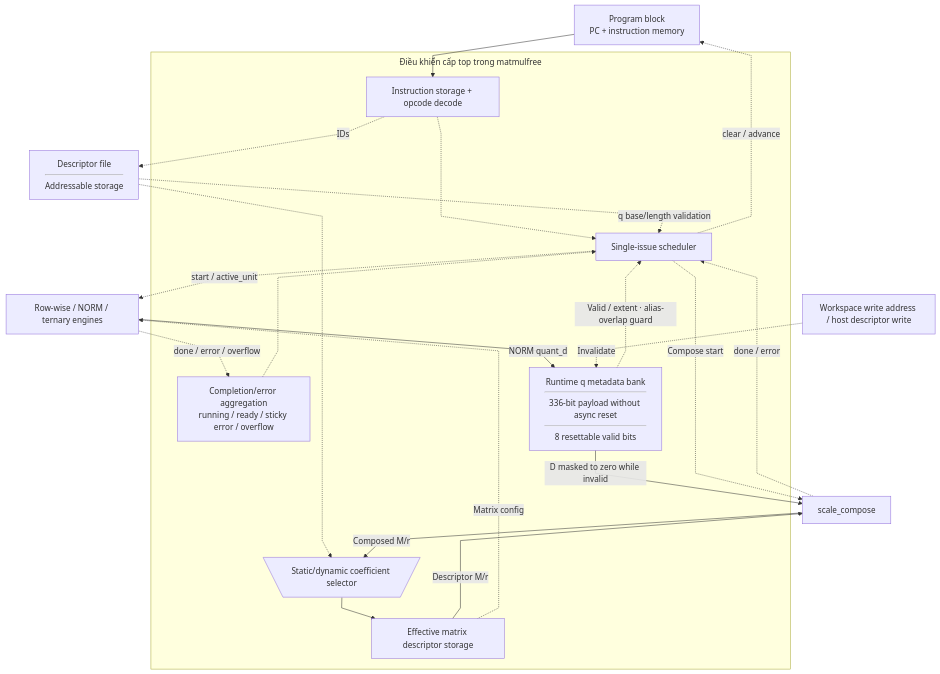
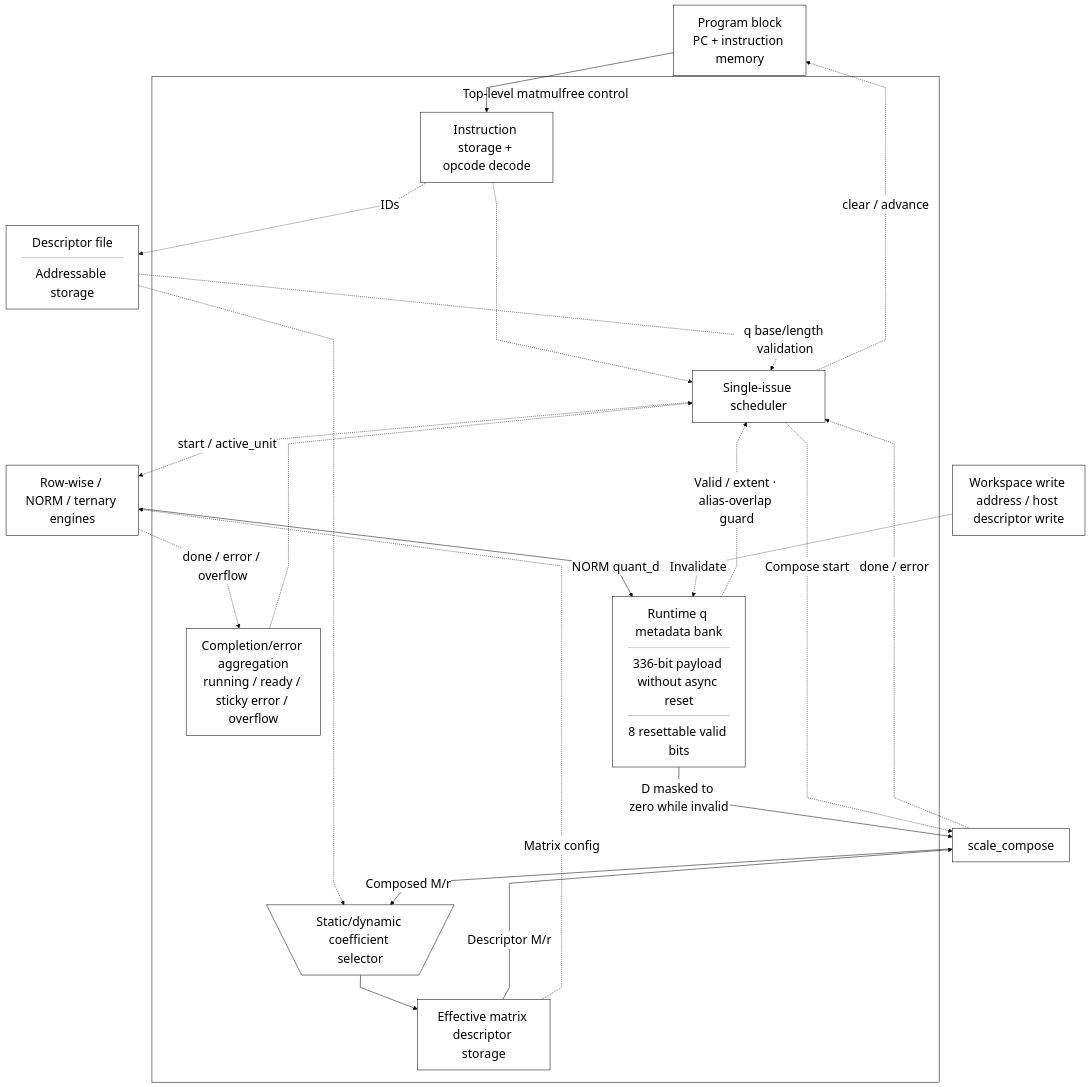
The third of 3 diagrams in docs/source_guide/blocks/matmulfree.sv.md (nguyennhutkhanhtom/NPU), drawn with Mermaid before and after one commit. The commit also changed other lines of this file and 102 other files, not shown here.

First line of the commit message:
docs: refresh guides and source-grounded RTL diagrams

````diff
--- a/docs/source_guide/blocks/matmulfree.sv.md
+++ b/docs/source_guide/blocks/matmulfree.sv.md
@@ -834,35 +838,37 @@
 ```mermaid
+%%{init: {"theme":"base","fontFamily":"Arial, sans-serif","themeVariables":{"fontSize":"24px","primaryColor":"#ffffff","primaryTextColor":"#000000","primaryBorderColor":"#000000","secondaryColor":"#ffffff","tertiaryColor":"#ffffff","lineColor":"#000000","textColor":"#000000","mainBkg":"#ffffff","nodeBorder":"#000000","clusterBkg":"#ffffff","clusterBorder":"#000000","edgeLabelBackground":"#ffffff"},"flowchart":{"htmlLabels":true,"useMaxWidth":false,"nodeSpacing":32,"rankSpacing":48,"curve":"linear","subGraphTitleMargin":{"top":16,"bottom":30}}}}%%
 flowchart TB
-%%{init: {"flowchart": {"subGraphTitleMargin": {"top": 8, "bottom": 20}, "nodeSpacing": 28, "rankSpacing": 42, "curve": "linear"}}}%%
-    PROG["Program block<br/>PC + instruction memory"]
+PROG["Program block<br/>PC + instruction memory"]
     DESC@{ shape: rect, label: "Descriptor file<hr/>Addressable storage" }
-    subgraph CTRL["Điều khiển cấp top trong matmulfree"]
+    subgraph CTRL["Top-level matmulfree control"]
         DECODE["Instruction storage + opcode decode"]
         SCH["Single-issue scheduler"]
         STATUS["Completion/error aggregation<br/>running / ready / sticky error / overflow"]
         QMETA@{ shape: rect, label: "Runtime q metadata bank<hr/>336-bit payload without async reset<hr/>8 resettable valid bits" }
         ESEL@{ shape: trap-t, label: "Static/dynamic coefficient selector" }
         EFF["Effective matrix descriptor storage"]
     end
     ENGINE["Row-wise / NORM / ternary engines"]
     COMP["scale_compose"]
     PROG --> DECODE
     DECODE -.-> SCH
     DECODE -.->|"IDs"| DESC
     DESC -.-> ESEL
     DESC -.->|"q base/length validation"| SCH
     SCH -.->|"clear / advance"| PROG
     SCH -.->|"start / active_unit"| ENGINE
     ENGINE -.->|"done / error / overflow"| STATUS
     STATUS -.-> SCH
     ENGINE -->|"NORM quant_d"| QMETA
     WR["Workspace write address / host descriptor write"] -.->|"Invalidate"| QMETA
     QMETA -->|"D masked to zero while invalid"| COMP
     QMETA -.->|"Valid / extent · alias-overlap guard"| SCH
     ESEL --> EFF
     EFF -->|"Descriptor M/r"| COMP
     SCH -.->|"Compose start"| COMP
     COMP -.->|"done / error"| SCH
     COMP -->|"Composed M/r"| ESEL
     EFF -.->|"Matrix config"| ENGINE
+    classDef default fill:white,stroke:black,color:black,font-size:24px;
+    linkStyle default stroke:black,color:black;
 ```
````
